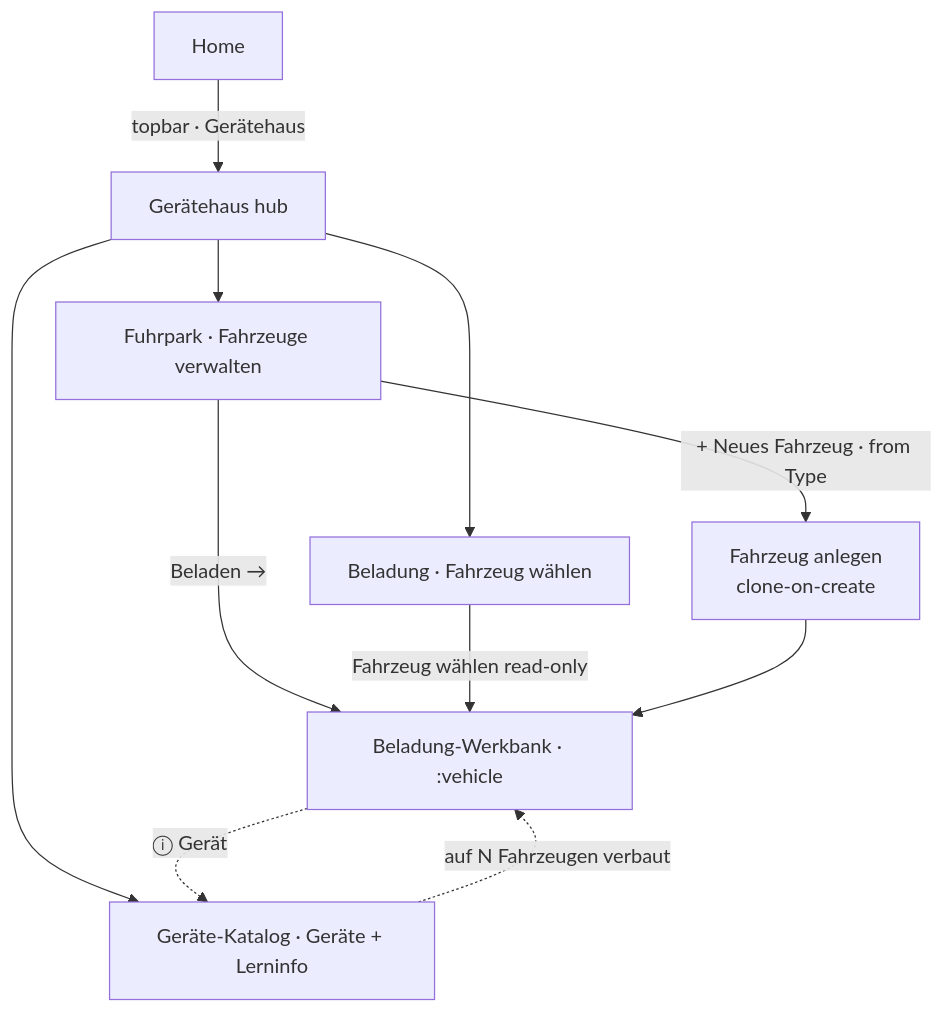
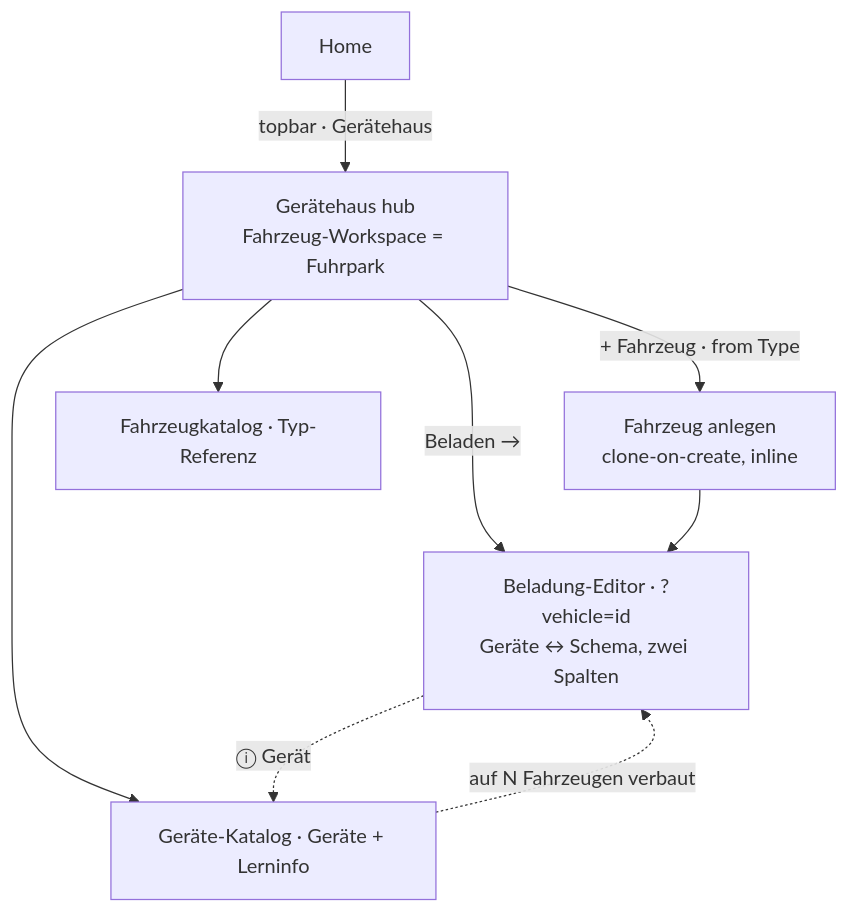
Before and after one commit to Fabian-Goetz/agni: the fifth of 6 diagrams in docs/design/screen-flow.md, drawn with Mermaid. The commit also changed other lines of this file and 8 other files, not shown here.

First line of the commit message:
feat(editor): rebuild Beladung as a two-pane workbench

````diff
--- a/docs/design/screen-flow.md
+++ b/docs/design/screen-flow.md
@@ -295,14 +296,12 @@
 ```mermaid
 flowchart TB
-    home[Home] -->|topbar · Gerätehaus| gh[Gerätehaus hub]
-    gh --> fp[Fuhrpark · Fahrzeuge verwalten]
+    home[Home] -->|topbar · Gerätehaus| gh[Gerätehaus hub<br/>Fahrzeug-Workspace = Fuhrpark]
+    gh -->|+ Fahrzeug · from Type| ghnew[Fahrzeug anlegen<br/>clone-on-create, inline]
+    gh -->|Beladen →| work[Beladung-Editor · ?vehicle=id<br/>Geräte ↔ Schema, zwei Spalten]
     gh --> kat[Geräte-Katalog · Geräte + Lerninfo]
-    gh --> bel[Beladung · Fahrzeug wählen]
+    gh --> fkat[Fahrzeugkatalog · Typ-Referenz]
 
-    fp -->|+ Neues Fahrzeug · from Type| fpnew[Fahrzeug anlegen<br/>clone-on-create]
-    fp -->|Beladen →| work[Beladung-Werkbank · :vehicle]
-    bel -->|Fahrzeug wählen read-only| work
+    ghnew --> work
     kat -.->|auf N Fahrzeugen verbaut| work
     work -.->|ⓘ Gerät| kat
-    fpnew --> work
 ```
````
